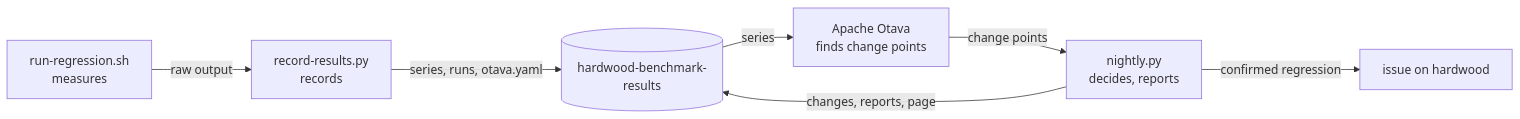
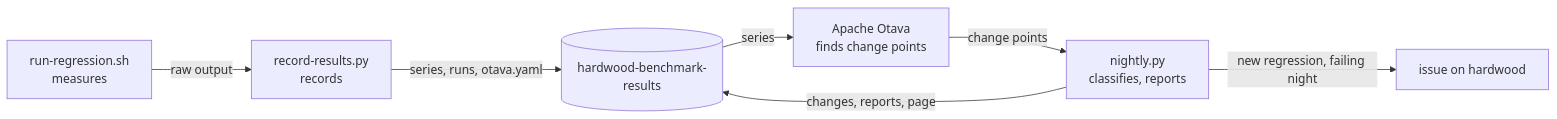
Before and after one commit to hardwood-hq/hardwood-benchmarks: the diagram in _designs/REGRESSION_SUITE.md, drawn with Mermaid. The commit also changed other lines of this file and 4 other files, not shown here.

````diff
--- a/_designs/REGRESSION_SUITE.md
+++ b/_designs/REGRESSION_SUITE.md
@@ -27,9 +27,9 @@
 ```mermaid
 flowchart LR
   R["run-regression.sh<br/>measures"] -->|raw output| C["record-results.py<br/>records"]
   C -->|series, runs, otava.yaml| H[("hardwood-benchmark-results")]
   H -->|series| O["Apache Otava<br/>finds change points"]
-  O -->|change points| N["nightly.py<br/>decides, reports"]
+  O -->|change points| N["nightly.py<br/>classifies, reports"]
   N -->|changes, reports, page| H
-  N -->|confirmed regression| I["issue on hardwood"]
+  N -->|new regression, failing night| I["issue on hardwood"]
 ```
````
